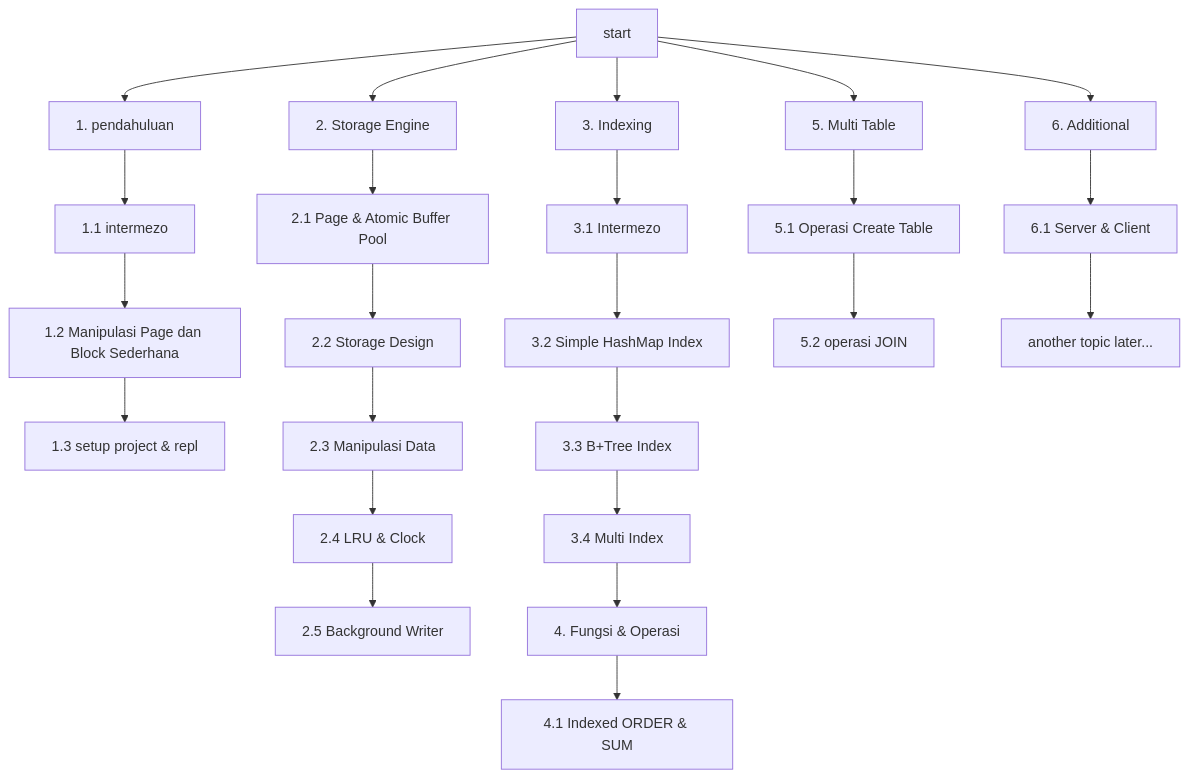
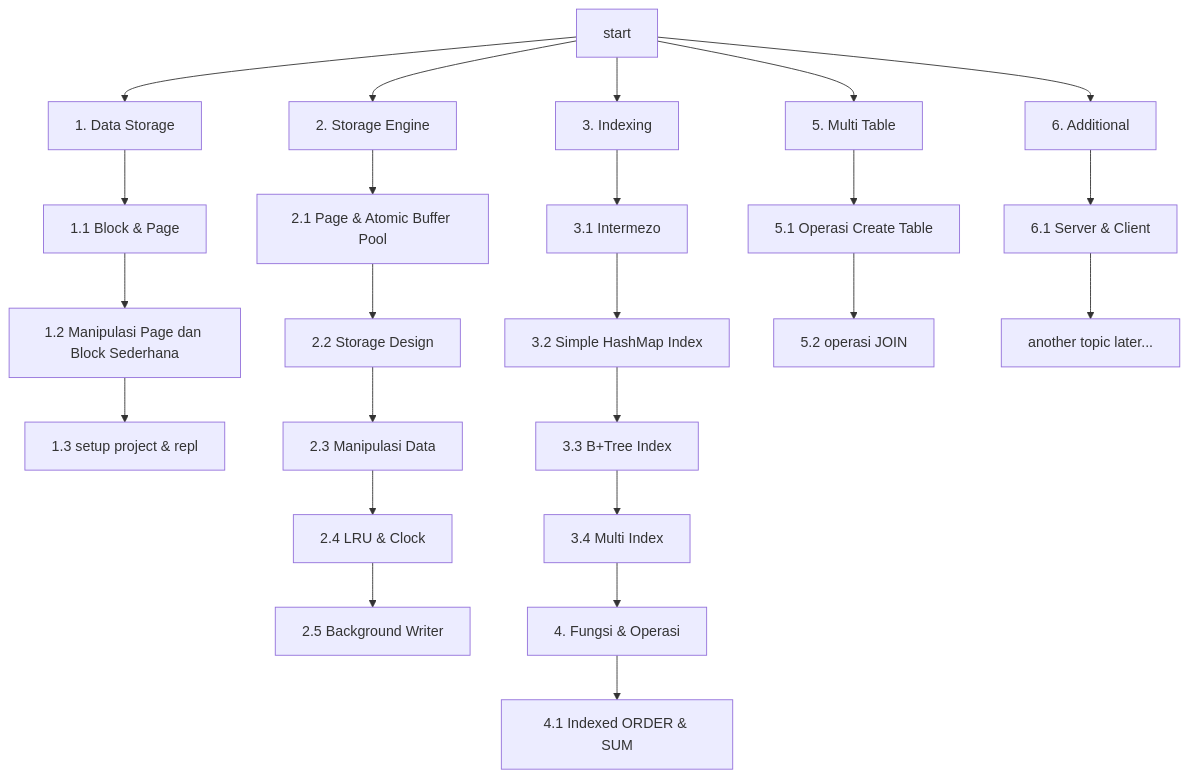
One commit to alfiankan/rebuild-and-learn-blog changed the diagram in series/build-database-engine/intro.md. Above: the diagram before and after it, drawn with Mermaid. The commit also changed 4 other files, not shown here.

````diff
--- a/series/build-database-engine/intro.md
+++ b/series/build-database-engine/intro.md
@@ -22,29 +22,29 @@
 ```mermaid
 
 graph TD
 start[start]
 
-p1[1. pendahuluan] --> int[1.1 intermezo] --> p1b[1.2 Manipulasi Page dan Block Sederhana] --> p1c[1.3 setup project & repl]
+p1[1. Data Storage] --> int[1.1 Block & Page] --> p1b[1.2 Manipulasi Page dan Block Sederhana] --> p1c[1.3 setup project & repl]
 
 phase1[2. Storage Engine] --> p1e1[2.1 Page & Atomic Buffer Pool] --> p1e2[2.2 Storage Design] --> p1e3[2.3 Manipulasi Data] 
 
 
 p1e3 --> p1e5[2.4 LRU & Clock] --> p1e6[2.5 Background Writer]
 
 phase2[3. Indexing] --> p2e1[3.1 Intermezo] --> p2e2[3.2 Simple HashMap Index] --> p2e3[3.3 B+Tree Index] --> p2e4[3.4 Multi Index]
 
 p2e4 --> phase3[4. Fungsi & Operasi] --> p3e1[4.1 Indexed ORDER & SUM]
 
 phase4[5. Multi Table] --> p4e1[5.1 Operasi Create Table] --> p4e2[5.2 operasi JOIN]
 
 additional[6. Additional] --> add1[6.1 Server & Client] --> add2[another topic later...]
 
 start --> p1
 start --> phase1
 start --> phase2
 start --> phase4
 start --> additional
 
 
 
 ```
````
